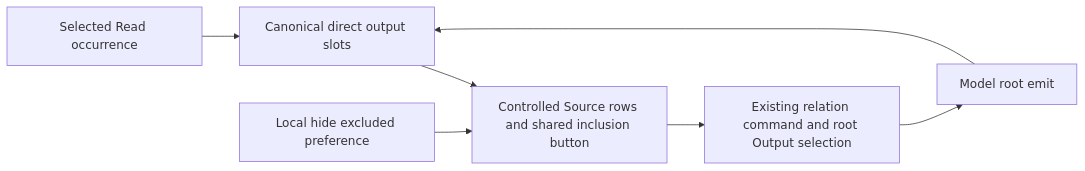
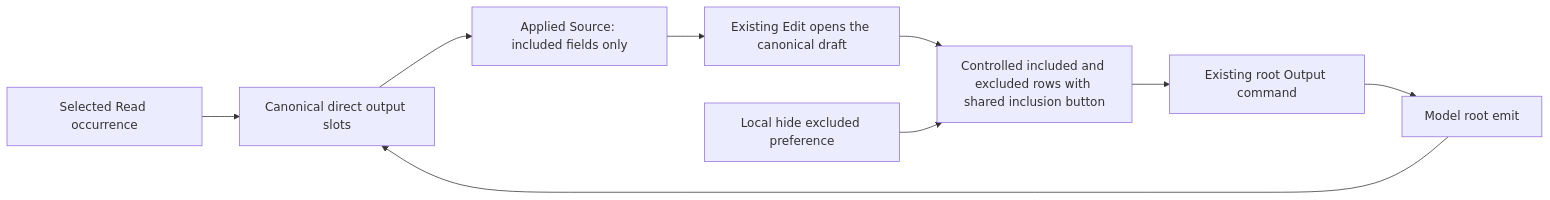
The fifth of 11 diagrams in docs/architecture/components/web/graph/canvas-shell-component.md (dunay2/dvt), drawn with Mermaid before and after one commit. The commit also changed other lines of this file and 15 other files, not shown here.

Commit message:
fix(web): Gate Source field changes behind existing Edit

````diff
--- a/docs/architecture/components/web/graph/canvas-shell-component.md
+++ b/docs/architecture/components/web/graph/canvas-shell-component.md
@@ -320,9 +320,11 @@
 ```mermaid
 flowchart LR
   Read[Selected Read occurrence] --> Query[Canonical direct output slots]
   Root[Model root emit] --> Query
-  Query --> View[Controlled Source rows and shared inclusion button]
-  View --> Command[Existing relation command and root Output selection]
+  Query --> View[Applied Source: included fields only]
+  View --> Edit[Existing Edit opens the canonical draft]
+  Edit --> Draft[Controlled included and excluded rows with shared inclusion button]
+  Draft --> Command[Existing root Output command]
   Command --> Root
-  Filter[Local hide excluded preference] --> View
+  Filter[Local hide excluded preference] --> Draft
 ```
````
